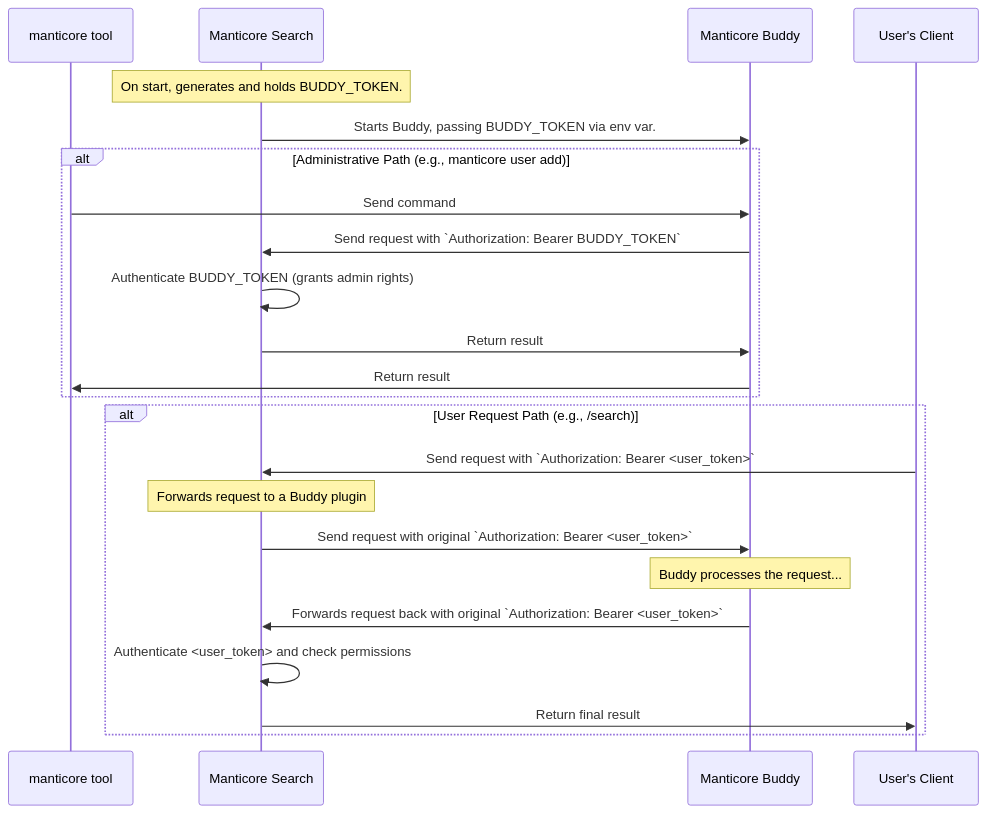
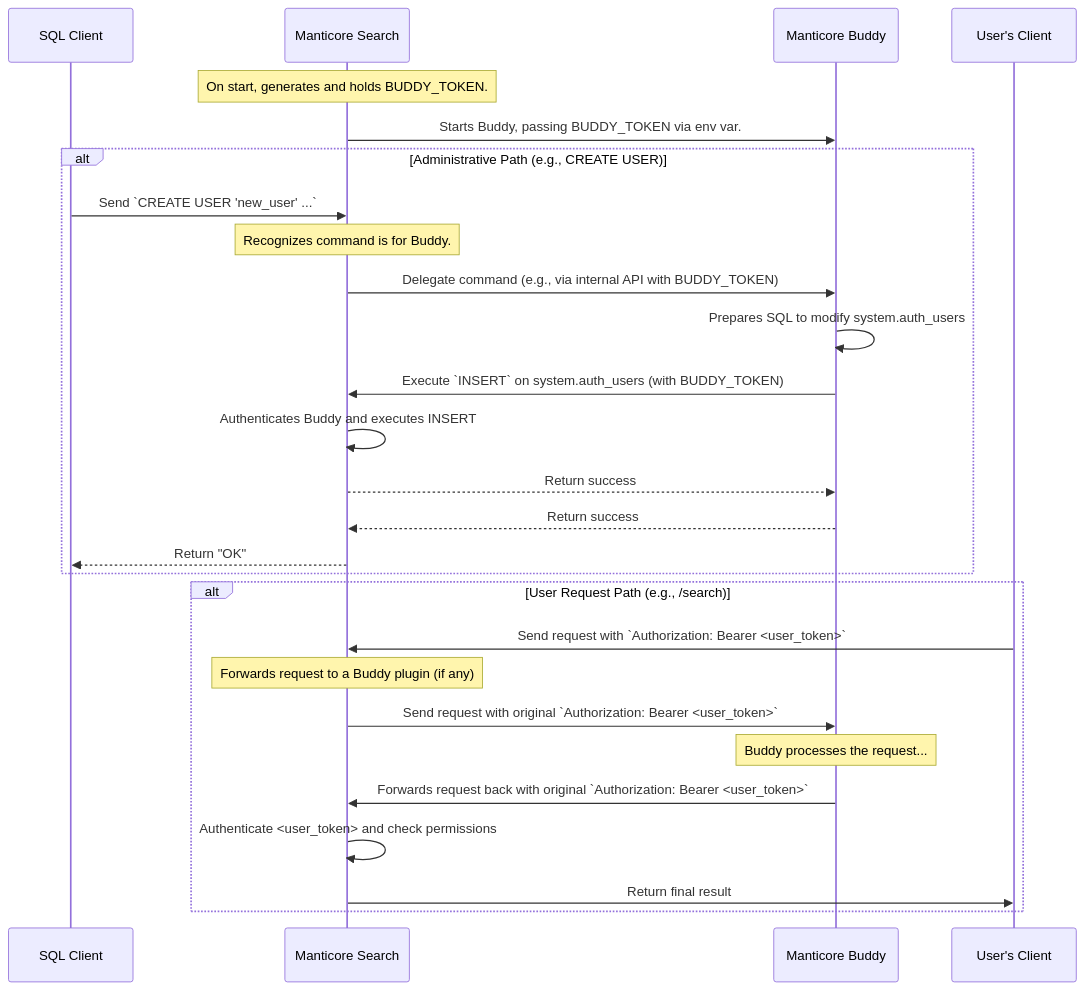
The third of 3 diagrams in src/auth/spec.md (manticoresoftware/manticoresearch), drawn with Mermaid before and after one commit. The commit also changed other lines of this file and 11 other files, not shown here.

````diff
--- a/src/auth/spec.md
+++ b/src/auth/spec.md
@@ -1034,28 +905,32 @@
 ```mermaid
 sequenceDiagram
-    participant ManticoreTool as manticore tool
+    participant SQLClient as SQL Client
     participant ManticoreSearch as Manticore Search
     participant Buddy as Manticore Buddy
-    participant Client as User's Client
+    participant EndUserClient as User's Client
 
     Note over ManticoreSearch: On start, generates and holds BUDDY_TOKEN.
     ManticoreSearch->>Buddy: Starts Buddy, passing BUDDY_TOKEN via env var.
 
-    alt Administrative Path (e.g., manticore user add)
-        ManticoreTool->>Buddy: Send command
-        Buddy->>ManticoreSearch: Send request with `Authorization: Bearer BUDDY_TOKEN`
-        ManticoreSearch->>ManticoreSearch: Authenticate BUDDY_TOKEN (grants admin rights)
-        ManticoreSearch->>Buddy: Return result
-        Buddy->>ManticoreTool: Return result
+    alt Administrative Path (e.g., CREATE USER)
+        SQLClient->>ManticoreSearch: Send `CREATE USER 'new_user' ...`
+        Note over ManticoreSearch: Recognizes command is for Buddy.
+        ManticoreSearch->>Buddy: Delegate command (e.g., via internal API with BUDDY_TOKEN)
+        Buddy->>Buddy: Prepares SQL to modify system.auth_users
+        Buddy->>ManticoreSearch: Execute `INSERT` on system.auth_users (with BUDDY_TOKEN)
+        ManticoreSearch->>ManticoreSearch: Authenticates Buddy and executes INSERT
+        ManticoreSearch-->>Buddy: Return success
+        Buddy-->>ManticoreSearch: Return success
+        ManticoreSearch-->>SQLClient: Return "OK"
     end
 
     alt User Request Path (e.g., /search)
-        Client->>ManticoreSearch: Send request with `Authorization: Bearer <user_token>`
-        Note over ManticoreSearch: Forwards request to a Buddy plugin
+        EndUserClient->>ManticoreSearch: Send request with `Authorization: Bearer <user_token>`
+        Note over ManticoreSearch: Forwards request to a Buddy plugin (if any)
         ManticoreSearch->>Buddy: Send request with original `Authorization: Bearer <user_token>`
         Note over Buddy: Buddy processes the request...
         Buddy->>ManticoreSearch: Forwards request back with original `Authorization: Bearer <user_token>`
         ManticoreSearch->>ManticoreSearch: Authenticate <user_token> and check permissions
-        ManticoreSearch->>Client: Return final result
+        ManticoreSearch->>EndUserClient: Return final result
     end
 ```
````
